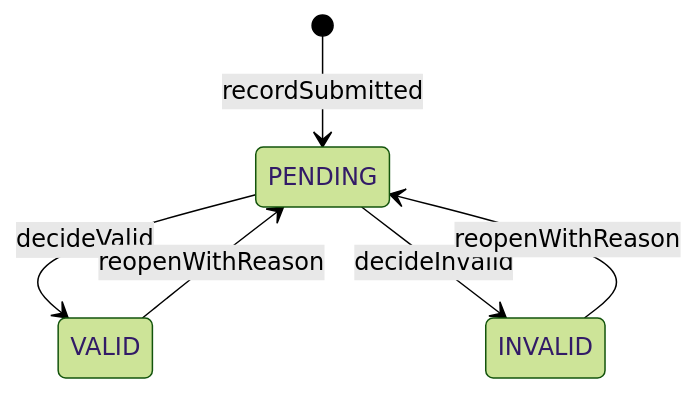
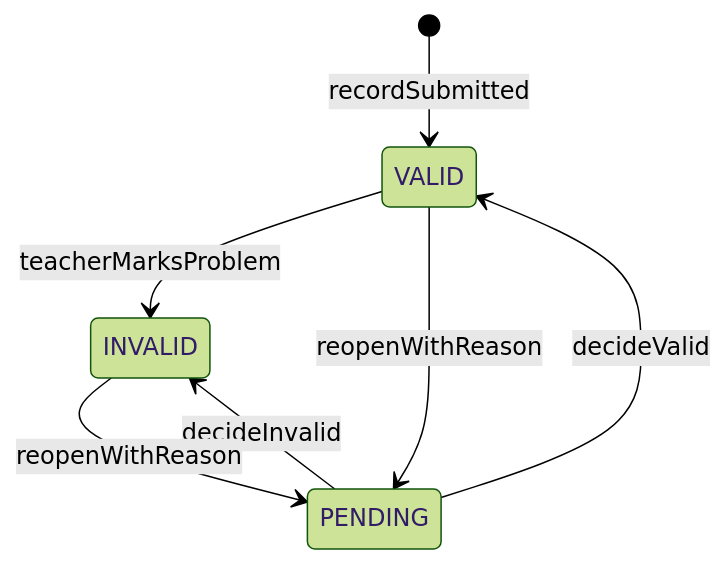
One commit to chchaiai/BNBU-Sports-Backend changed the sixth of 11 diagrams in docs/backend-contracts/03-state-machines.md. Above: the diagram before and after it, drawn with Mermaid (forest theme). The commit also changed other lines of this file and 56 other files, not shown here.

````diff
--- a/docs/backend-contracts/03-state-machines.md
+++ b/docs/backend-contracts/03-state-machines.md
@@ -413,8 +413,9 @@
 ```mermaid
 stateDiagram-v2
-    [*] --> PENDING: recordSubmitted
+    [*] --> VALID: recordSubmitted
     PENDING --> VALID: decideValid
     PENDING --> INVALID: decideInvalid
+    VALID --> INVALID: teacherMarksProblem
     VALID --> PENDING: reopenWithReason
     INVALID --> PENDING: reopenWithReason
 ```
````
